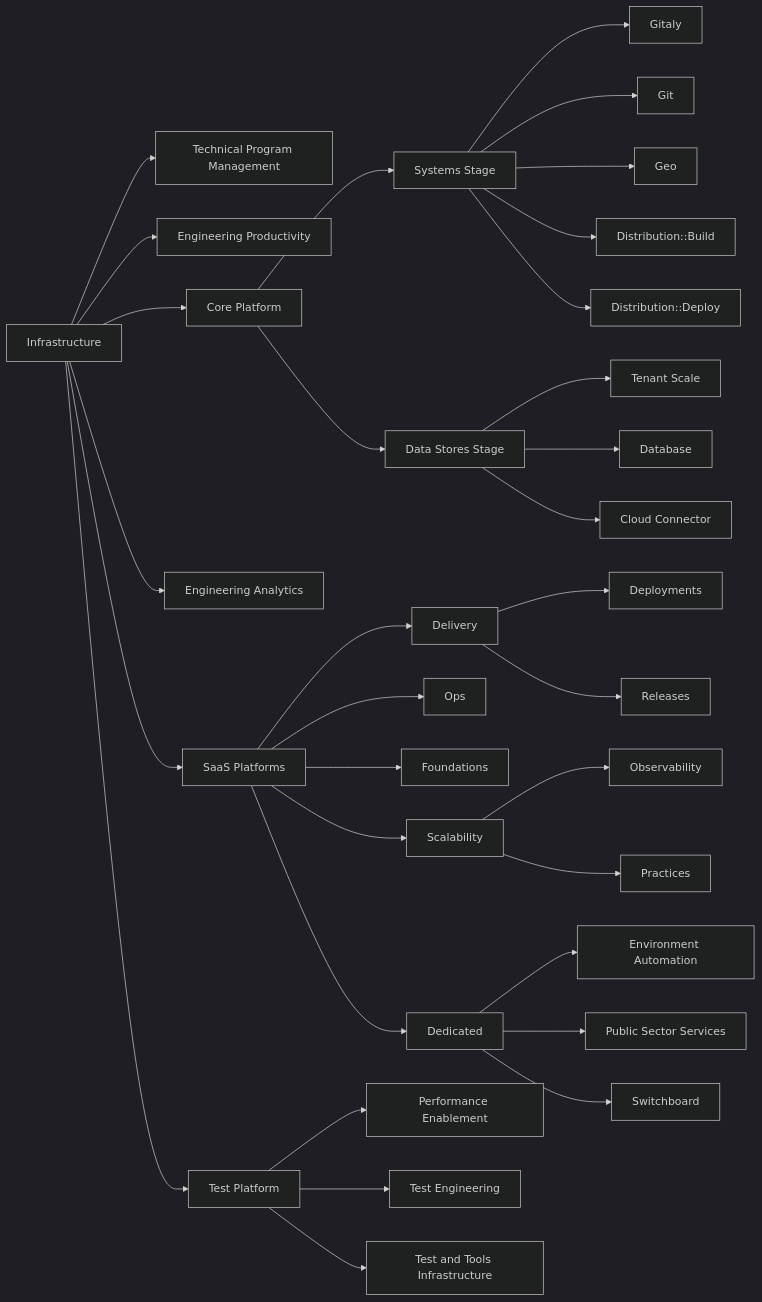
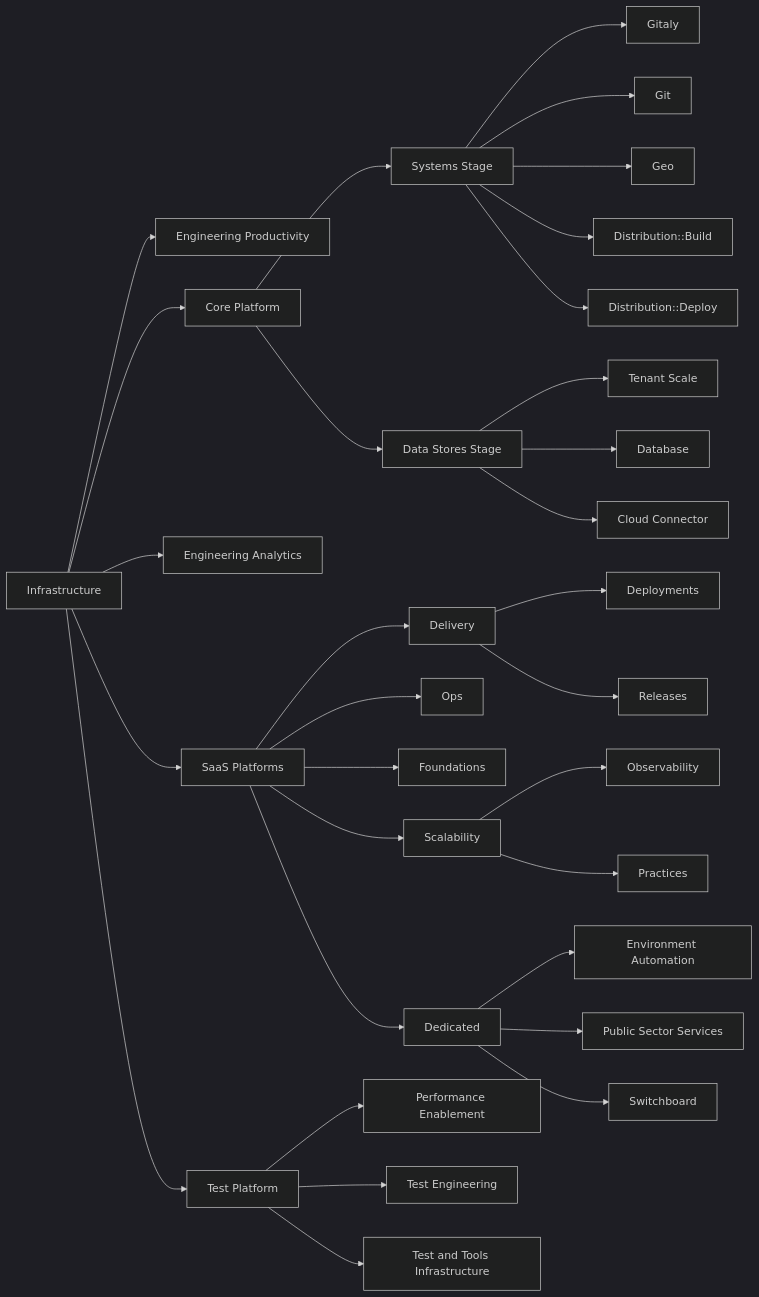
One commit to zalyoung/gitlab-handbook changed the diagram in content/handbook/engineering/infrastructure/_index.md. Above: the diagram before and after it, drawn with Mermaid (dark theme). The commit also changed 2 other files, not shown here.

Commit message:
docs: Remove the Infrastructure TPM role from the handbook
Noticed this in passing, and reckon it should be removed from the
handbook at this point.

````diff
--- a/content/handbook/engineering/infrastructure/_index.md
+++ b/content/handbook/engineering/infrastructure/_index.md
@@ -45,71 +45,68 @@
 ```mermaid
 flowchart LR
     I[Infrastructure]
     click I "/handbook/engineering/infrastructure/"
-
-    I --> TPM[Technical Program Management]
-    click TPM "/handbook/engineering/infrastructure/technical-program-management/"
 
     I --> EP[Engineering Productivity]
     click EP "/handbook/engineering/infrastructure/engineering-productivity/"
     I --> C[Core Platform]
     click C "/handbook/engineering/infrastructure/core-platform/"
     I --> EA[Engineering Analytics]
     click EA "/handbook/engineering/quality/engineering-analytics/"
     I --> TP[Test Platform]
     click TP "/handbook/engineering/infrastructure/test-platform/"
     I --> SP[SaaS Platforms]
     click SP "/handbook/engineering/infrastructure/platforms/"
 
     C --> SS[Systems Stage]
     click SS "/handbook/engineering/infrastructure/core-platform/systems/"
 
     SS --> GC[Gitaly]
     click GC "/handbook/engineering/infrastructure-platforms/data-access/gitaly/"
     SS --> Git[Git]
     click GG "/handbook/engineering/infrastructure-platforms/data-access/git/"
     SS --> Geo
     click Geo "/handbook/engineering/infrastructure/core-platform/systems/geo/"
     SS --> DB[Distribution::Build]
     click DB "/handbook/engineering/infrastructure/core-platform/systems/distribution/"
     SS --> DD[Distribution::Deploy]
     click DD "/handbook/engineering/infrastructure/core-platform/systems/distribution/"
 
     C --> DS[Data Stores Stage]
     click DS "/handbook/engineering/infrastructure/core-platform/data_stores/"
     DS --> TS[Tenant Scale]
     click TS "/handbook/engineering/infrastructure/core-platform/tenant-scale/"
     DS --> Database
     click Database "/handbook/engineering/infrastructure-platforms/data-access/database-framework/"
     DS --> CC[Cloud Connector]
     click CC "/handbook/engineering/infrastructure/core-platform/data_stores/cloud-connector/"
 
     SP --> DE[Delivery]
     click DE "/handbook/engineering/infrastructure/team/delivery/"
     DE --> Deployments
     DE --> Releases
     SP --> Ops
     click Ops "/handbook/engineering/infrastructure/team/ops/"
     SP --> Foundations
     click Foundations "/handbook/engineering/infrastructure/team/foundations/"
     SP --> Scalability
     click Scalability "/handbook/engineering/infrastructure/team/scalability/"
     Scalability --> Observability
     Scalability --> Practices
 
     SP --> D[Dedicated]
     click D "/handbook/engineering/infrastructure/team/gitlab-dedicated/"
     D --> E[Environment Automation]
     click E "/handbook/engineering/infrastructure/team/gitlab-dedicated/"
     D --> PSS[Public Sector Services]
     click PSS "/handbook/engineering/infrastructure/team/gitlab-dedicated/us-public-sector-services/"
     D --> Switchboard
     click Switchboard "/handbook/engineering/infrastructure/team/gitlab-dedicated/switchboard/"
 
     TP --> PE[Performance Enablement]
     click PE "/handbook/engineering/infrastructure-platforms/developer-experience/performance-enablement/"
     TP --> TE[Test Engineering]
     click TE "/handbook/engineering/infrastructure/test-platform/test-engineering-team/"
     TP --> TTI[Test and Tools Infrastructure]
     click TTI "/handbook/engineering/infrastructure/test-platform/test-and-tools-infrastructure-team/"
 ```
````
